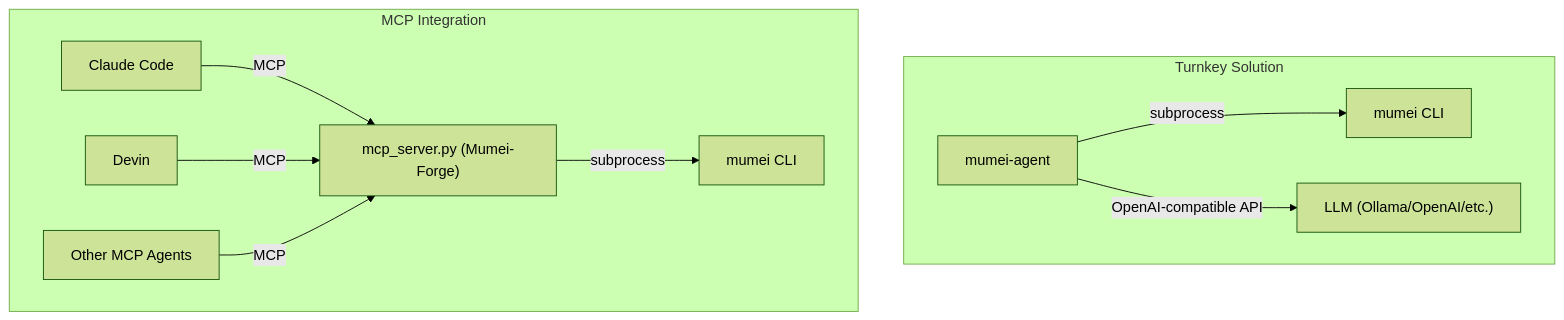
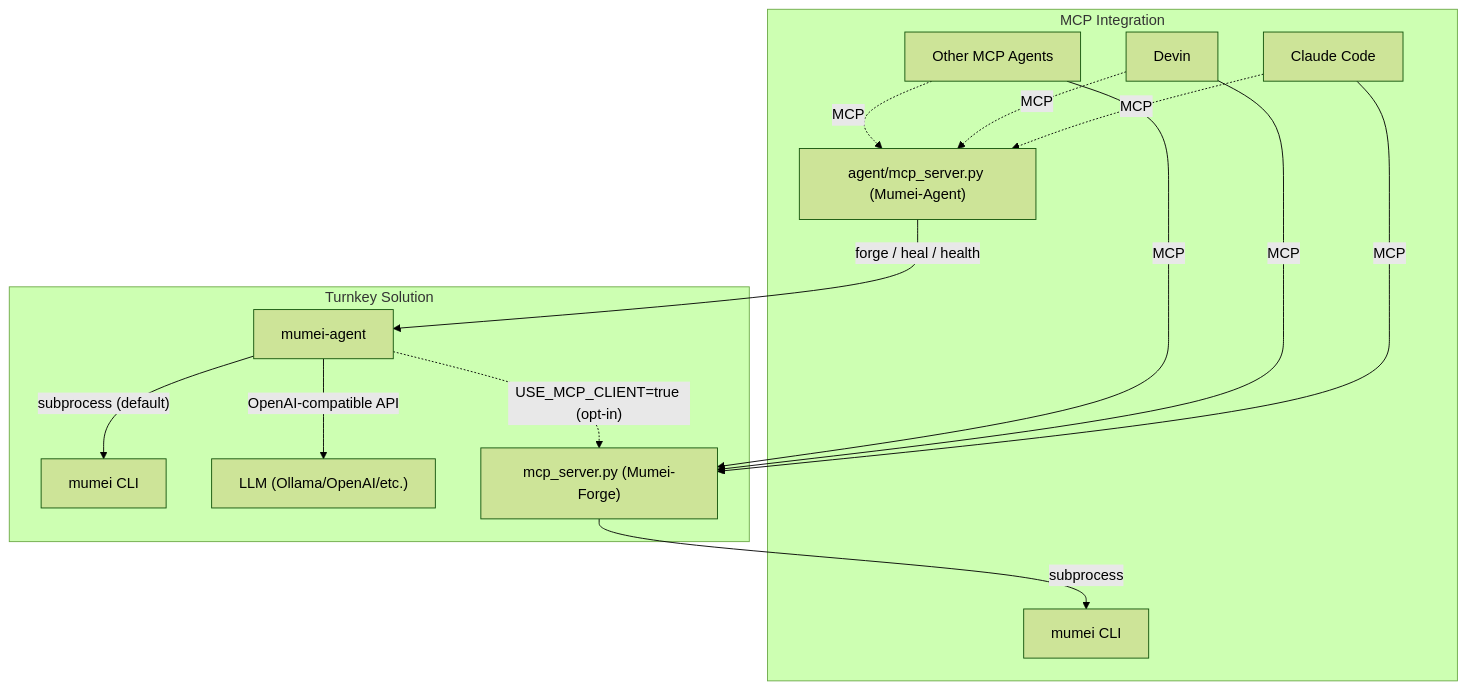
The diagram in README.md (mumei-lang/mumei-agent), drawn with Mermaid (forest theme) before and after one commit. The commit also changed other lines of this file and 13 other files, not shown here.

First line of the commit message:
P10: strengthen MCP integration (server, client, unified gap analysis)

````diff
--- a/README.md
+++ b/README.md
@@ -58,13 +58,18 @@
 ```mermaid
 graph TD
     subgraph "Turnkey Solution"
-        MA["mumei-agent"] -->|"subprocess"| CLI["mumei CLI"]
+        MA["mumei-agent"] -->|"subprocess (default)"| CLI["mumei CLI"]
         MA -->|"OpenAI-compatible API"| LLM["LLM (Ollama/OpenAI/etc.)"]
+        MA -.->|"USE_MCP_CLIENT=true (opt-in)"| MCPF["mcp_server.py (Mumei-Forge)"]
     end
     subgraph "MCP Integration"
-        D1["Claude Code"] -->|"MCP"| MCP["mcp_server.py (Mumei-Forge)"]
-        D2["Devin"] -->|"MCP"| MCP
-        D3["Other MCP Agents"] -->|"MCP"| MCP
-        MCP -->|"subprocess"| CLI2["mumei CLI"]
+        D1["Claude Code"] -->|"MCP"| MCPF
+        D2["Devin"] -->|"MCP"| MCPF
+        D3["Other MCP Agents"] -->|"MCP"| MCPF
+        D1 -.->|"MCP"| MCPA["agent/mcp_server.py (Mumei-Agent)"]
+        D2 -.->|"MCP"| MCPA
+        D3 -.->|"MCP"| MCPA
+        MCPF -->|"subprocess"| CLI2["mumei CLI"]
+        MCPA -->|"forge / heal / health"| MA
     end
 ```
````
